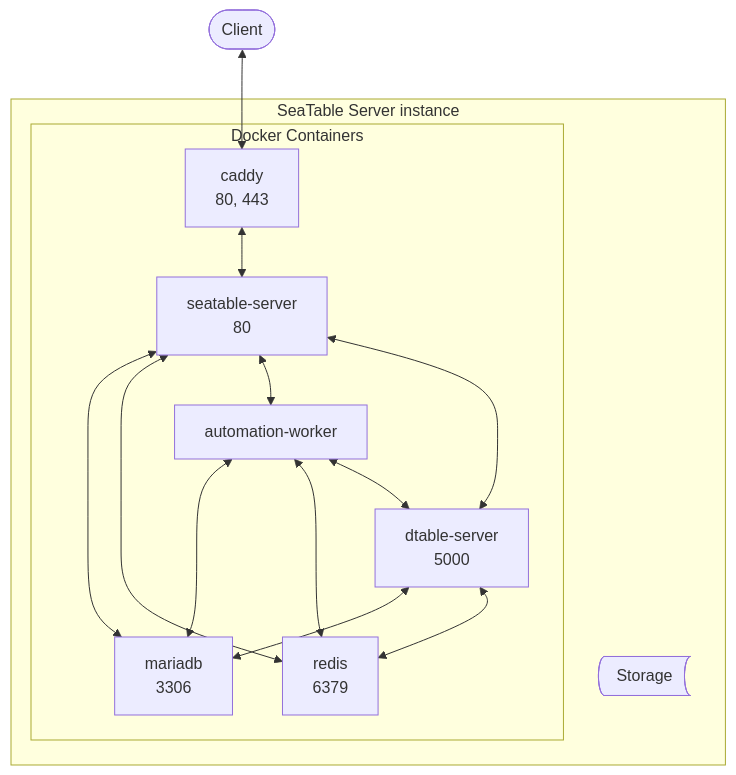
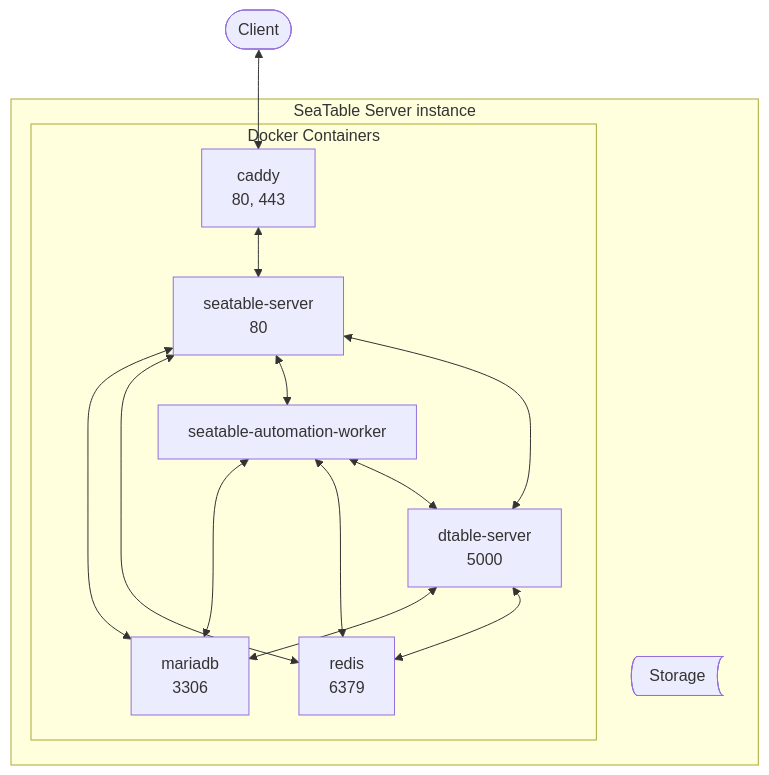
The first of 3 diagrams in docs/introduction/architecture.md (seatable/seatable-admin-docs), drawn with Mermaid before and after one commit. The commit also changed other lines of this file and 10 other files, not shown here.

Commit message:
automation-worker -> seatable-automation-worker

````diff
--- a/docs/introduction/architecture.md
+++ b/docs/introduction/architecture.md
@@ -13,26 +13,26 @@
 ```mermaid
 flowchart TB
     Client@{ shape: pill, label: "Client"}
     Client<-->A
     subgraph s[SeaTable Server instance]
         subgraph d[Docker Containers]
             A[caddy<br/>80, 443]
             B[seatable-server<br/>80]
             C[mariadb<br/>3306]
             D[redis<br/>6379]
-            E[automation-worker]
+            E[seatable-automation-worker]
             G[dtable-server<br/>5000]
             A<-->B
             B<-->C
             B<-->D
             B<-->E
             B<-->G
             E<-->C
             E<-->D
             E<-->G
             G<-->C
             G<-->D
         end
         F@{ shape: bow-rect, label: "Storage"}
     end
 ```
````
